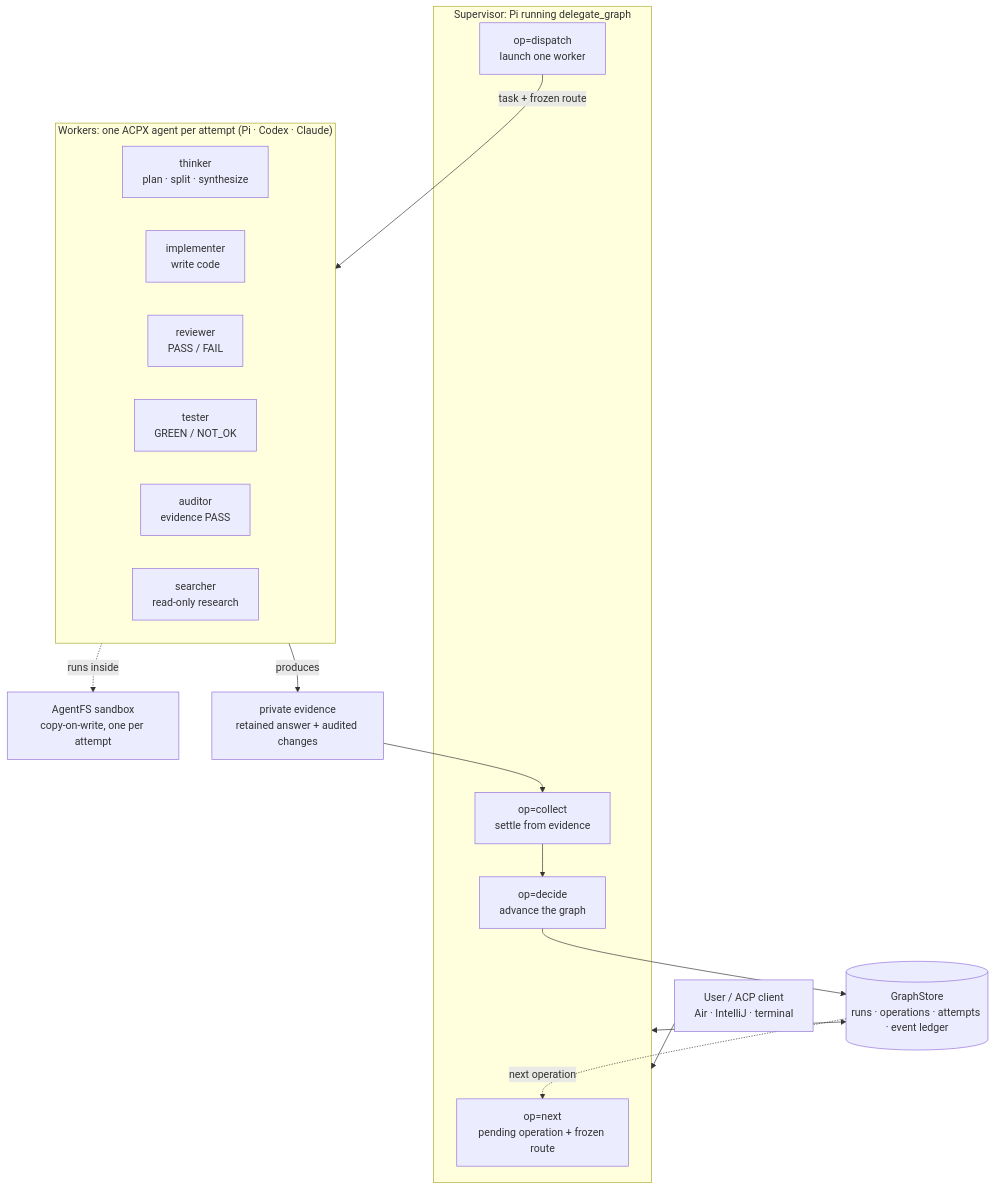
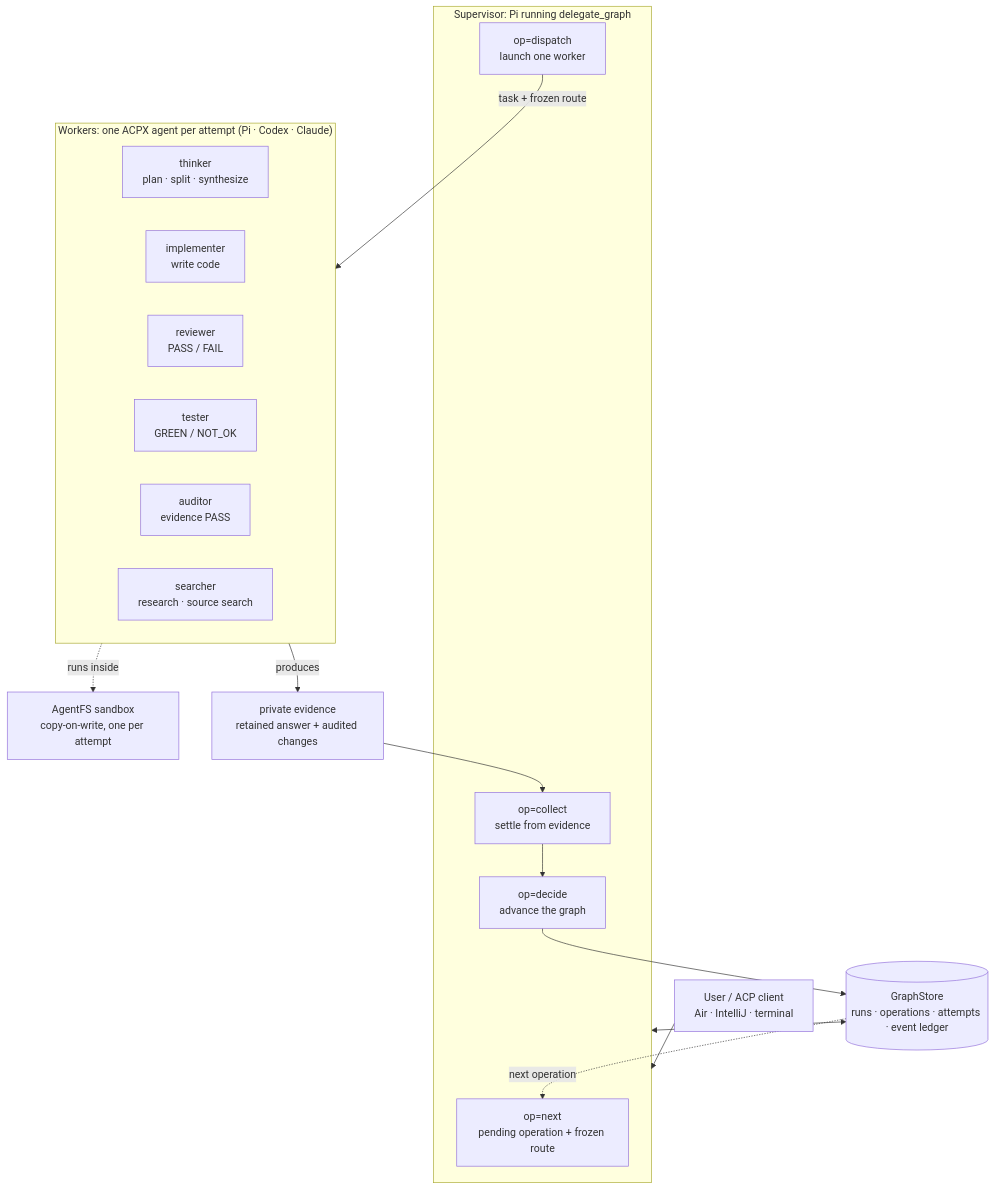
One commit to Deviad/pi-agent-wave changed the first of 2 diagrams in README.md. Above: the diagram before and after it, drawn with Mermaid. The commit also changed other lines of this file and 5 other files, not shown here.

````diff
--- a/README.md
+++ b/README.md
@@ -21,35 +21,35 @@
 ```mermaid
 flowchart TB
     user["User / ACP client<br/>Air · IntelliJ · terminal"]
 
     subgraph SUP["Supervisor: Pi running delegate_graph"]
         next["op=next<br/>pending operation + frozen route"]
         dispatch["op=dispatch<br/>launch one worker"]
         collect["op=collect<br/>settle from evidence"]
         decide["op=decide<br/>advance the graph"]
     end
 
     ledger[("GraphStore<br/>runs · operations · attempts · event ledger")]
 
     subgraph WORK["Workers: one ACPX agent per attempt (Pi · Codex · Claude)"]
         thinker["thinker<br/>plan · split · synthesize"]
         impl["implementer<br/>write code"]
         rev["reviewer<br/>PASS / FAIL"]
         test["tester<br/>GREEN / NOT_OK"]
         aud["auditor<br/>evidence PASS"]
-        search["searcher<br/>read-only research"]
+        search["searcher<br/>research · source search"]
     end
 
     fs["AgentFS sandbox<br/>copy-on-write, one per attempt"]
     evidence["private evidence<br/>retained answer + audited changes"]
 
     user --> SUP
     SUP <--> ledger
     dispatch -->|"task + frozen route"| WORK
     WORK -.->|"runs inside"| fs
     WORK -->|"produces"| evidence
     evidence --> collect
     collect --> decide
     decide --> ledger
     ledger -.->|"next operation"| next
 ```
````
